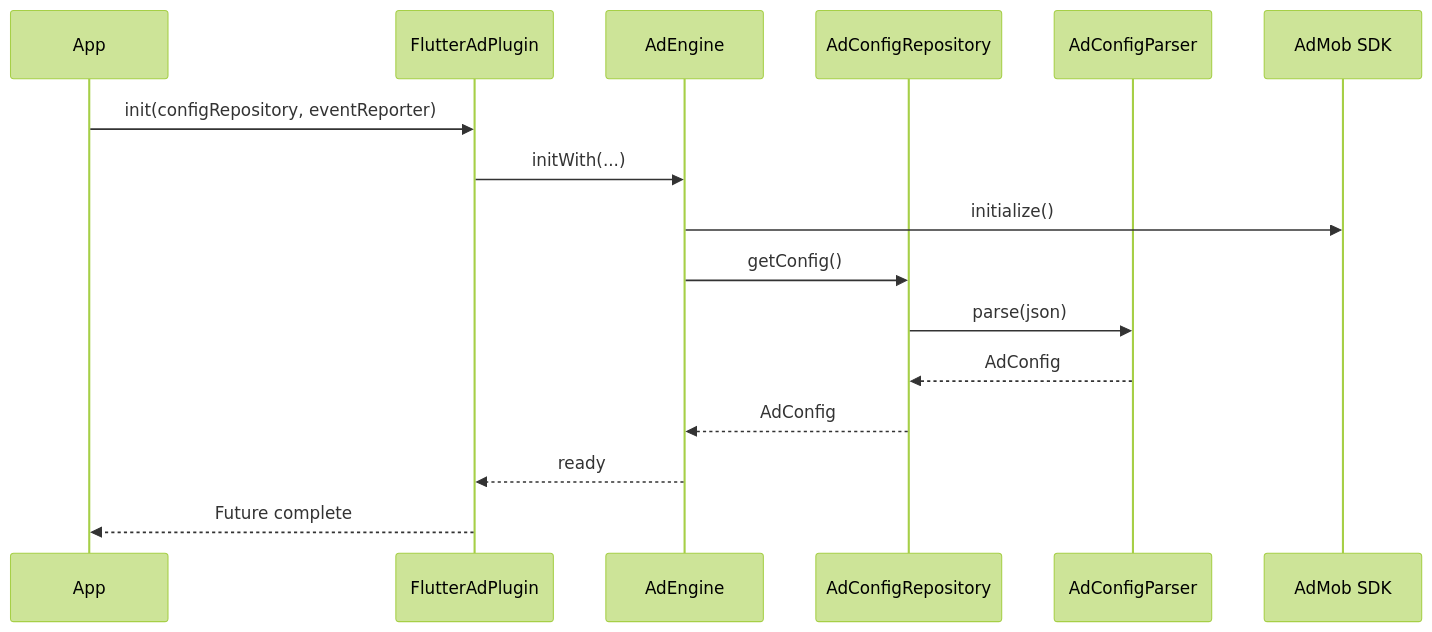
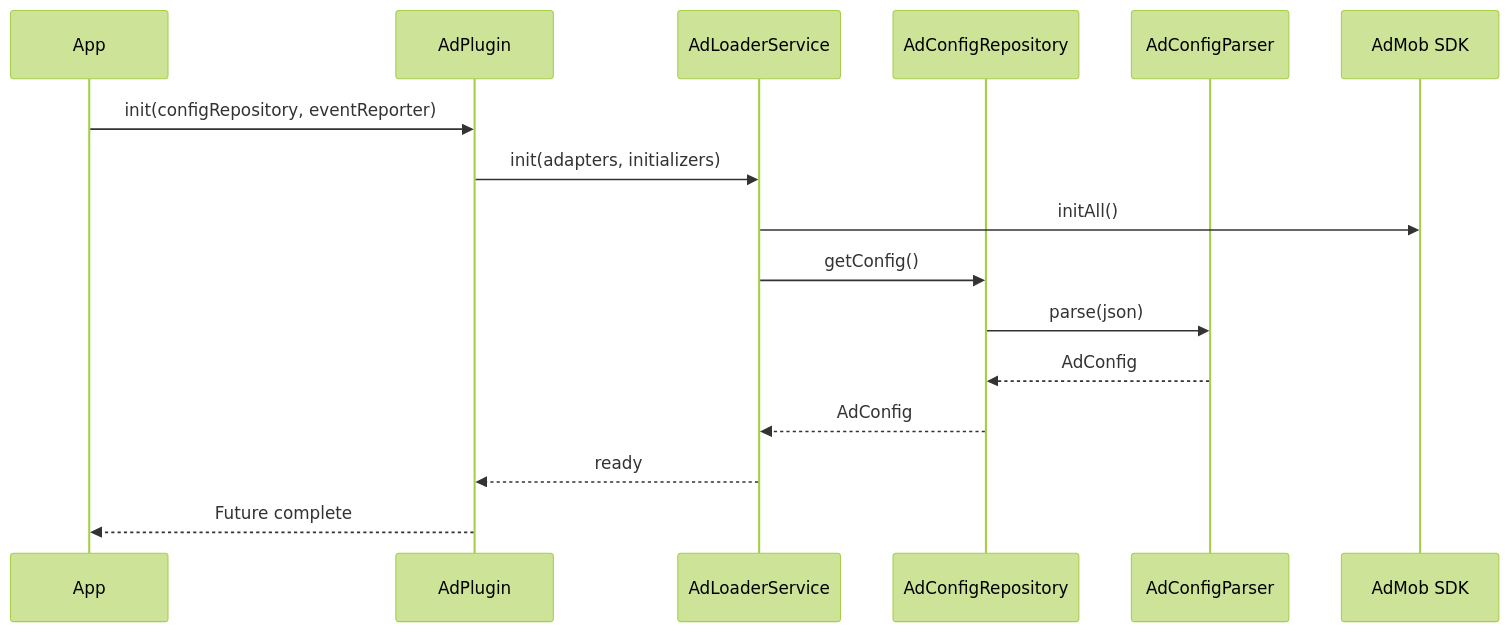
One commit to yanmingLiu/flutter_ad_plugin changed the second of 8 diagrams in README.md. Above: the diagram before and after it, drawn with Mermaid (forest theme). The commit also changed other lines of this file and 31 other files, not shown here.

````diff
--- a/README.md
+++ b/README.md
@@ -621,19 +662,19 @@
 ```mermaid
 sequenceDiagram
   participant App
-  participant Plugin as FlutterAdPlugin
-  participant Engine as AdEngine
+  participant Plugin as AdPlugin
+  participant Engine as AdLoaderService
   participant Repo as AdConfigRepository
   participant Parser as AdConfigParser
   participant SDK as AdMob SDK
 
   App->>Plugin: init(configRepository, eventReporter)
-  Plugin->>Engine: initWith(...)
-  Engine->>SDK: initialize()
+  Plugin->>Engine: init(adapters, initializers)
+  Engine->>SDK: initAll()
   Engine->>Repo: getConfig()
   Repo->>Parser: parse(json)
   Parser-->>Repo: AdConfig
   Repo-->>Engine: AdConfig
   Engine-->>Plugin: ready
   Plugin-->>App: Future complete
 ```
````
